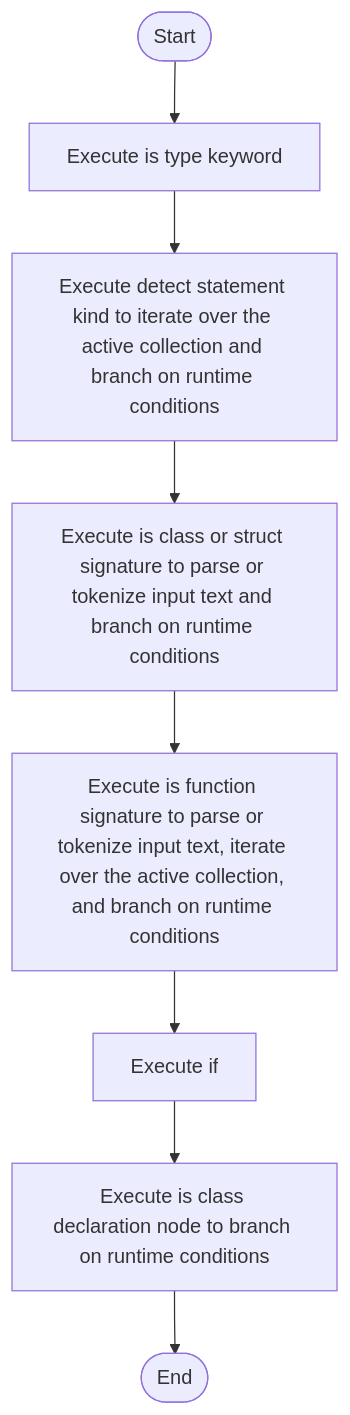
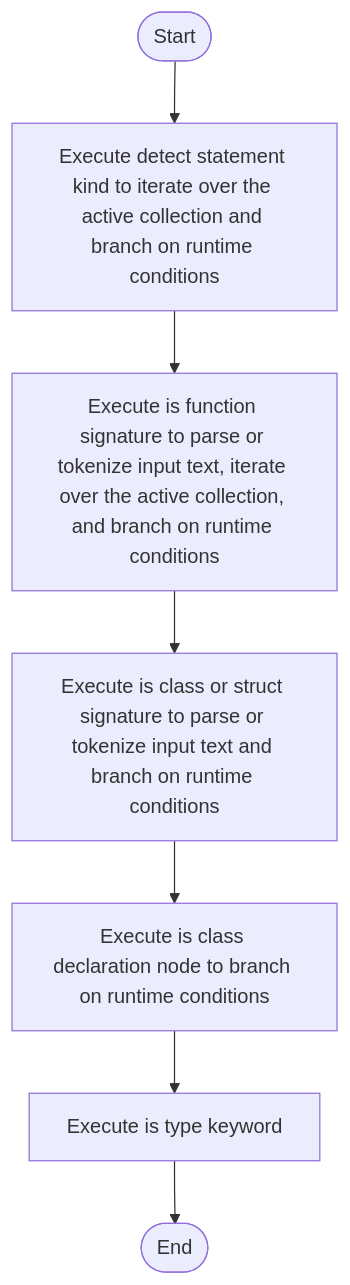
The diagram in docs/Codebase/Microservice/Modules/Source/SyntacticBrokenAST/ParseTree/Internal/statement.cpp.md (JohnAndrewBalbarosa/NeoTerritory), drawn with Mermaid before and after one commit. The commit also changed 148 other files, not shown here.

````diff
--- a/docs/Codebase/Microservice/Modules/Source/SyntacticBrokenAST/ParseTree/Internal/statement.cpp.md
+++ b/docs/Codebase/Microservice/Modules/Source/SyntacticBrokenAST/ParseTree/Internal/statement.cpp.md
@@ -27,18 +27,16 @@
 ```mermaid
 flowchart TD
     Start([Start])
-    N0[Execute is type keyword]
-    N1[Execute detect statement kind to iterate over the active collection and branch on runtime conditions]
+    N0[Execute detect statement kind to iterate over the active collection and branch on runtime conditions]
+    N1[Execute is function signature to parse or tokenize input text, iterate over the active collection, and branch on runtime conditions]
     N2[Execute is class or struct signature to parse or tokenize input text and branch on runtime conditions]
-    N3[Execute is function signature to parse or tokenize input text, iterate over the active collection, and branch on runtime conditions]
-    N4[Execute if]
-    N5[Execute is class declaration node to branch on runtime conditions]
+    N3[Execute is class declaration node to branch on runtime conditions]
+    N4[Execute is type keyword]
     End([End])
     Start --> N0
     N0 --> N1
     N1 --> N2
     N2 --> N3
     N3 --> N4
-    N4 --> N5
-    N5 --> End
+    N4 --> End
 ```
````
